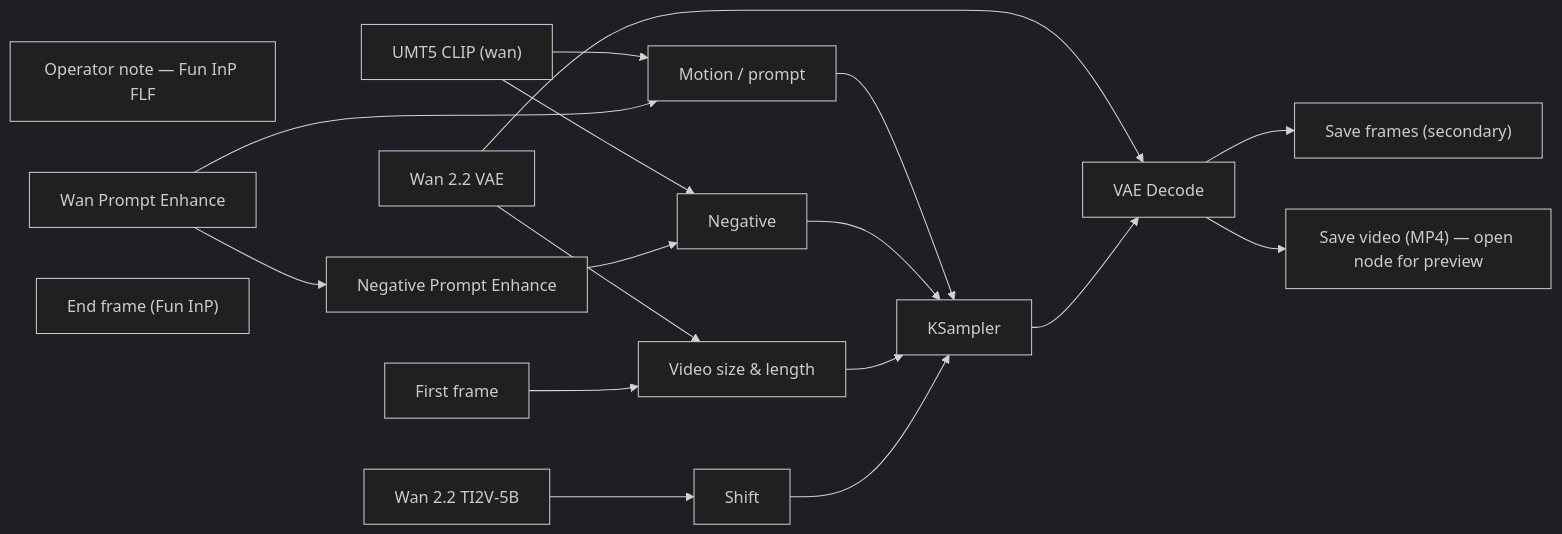
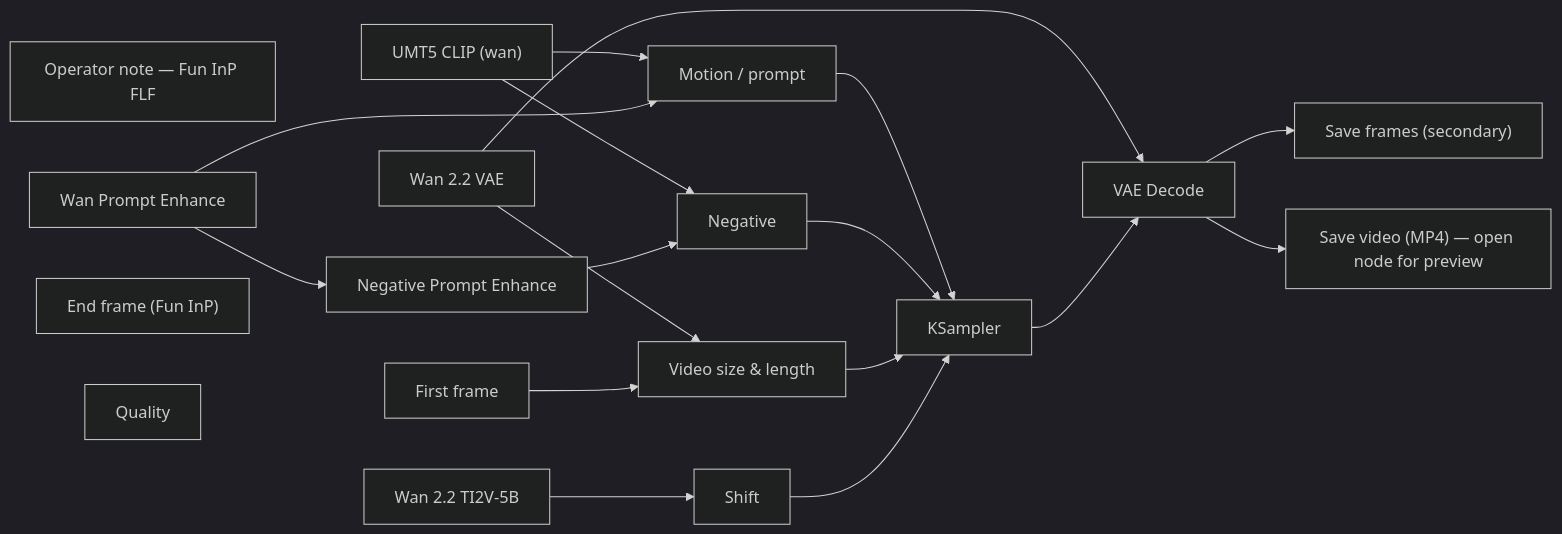
Before and after one commit to toxicoder/ez-comfy-stack: the diagram in docs/generated/workflows/wan/flf-5s.md, drawn with Mermaid (dark theme). The commit also changed other lines of this file and 644 other files, not shown here.

````diff
--- a/docs/generated/workflows/wan/flf-5s.md
+++ b/docs/generated/workflows/wan/flf-5s.md
@@ -48,35 +48,36 @@
 ```mermaid
 flowchart LR
   N1["Wan 2.2 TI2V-5B"]
   N2["UMT5 CLIP (wan)"]
   N3["Wan 2.2 VAE"]
   N4["First frame"]
   N6["Motion / prompt"]
   N7["Negative"]
   N8["Video size & length"]
   N9["Shift"]
   N10["KSampler"]
   N11["VAE Decode"]
   N12["Save frames (secondary)"]
   N13["Save video (MP4) — open node for preview"]
   N14["Operator note — Fun InP FLF"]
   N15["Wan Prompt Enhance"]
   N16["End frame (Fun InP)"]
   N17["Negative Prompt Enhance"]
+  N18["Quality"]
   N1 --> N9
   N2 --> N6
   N2 --> N7
   N3 --> N8
   N3 --> N11
   N4 --> N8
   N6 --> N10
   N7 --> N10
   N8 --> N10
   N9 --> N10
   N10 --> N11
   N11 --> N12
   N11 --> N13
   N15 --> N6
   N15 --> N17
   N17 --> N7
 ```
````
